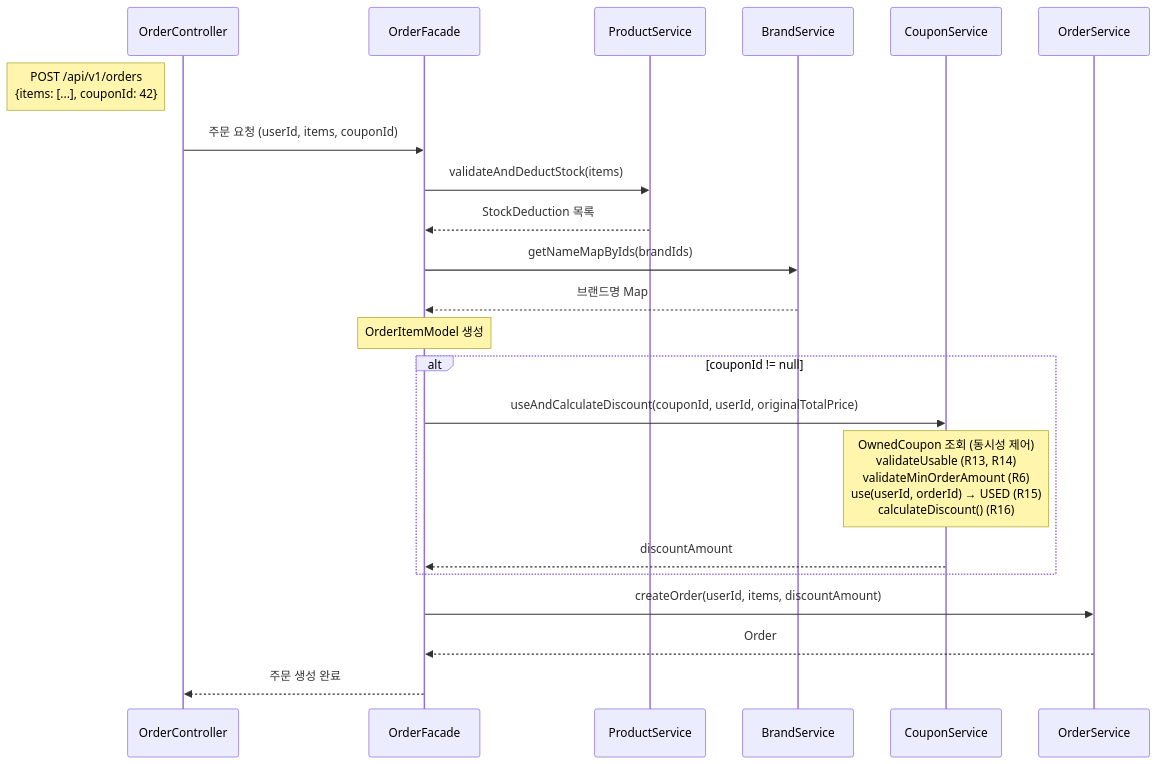
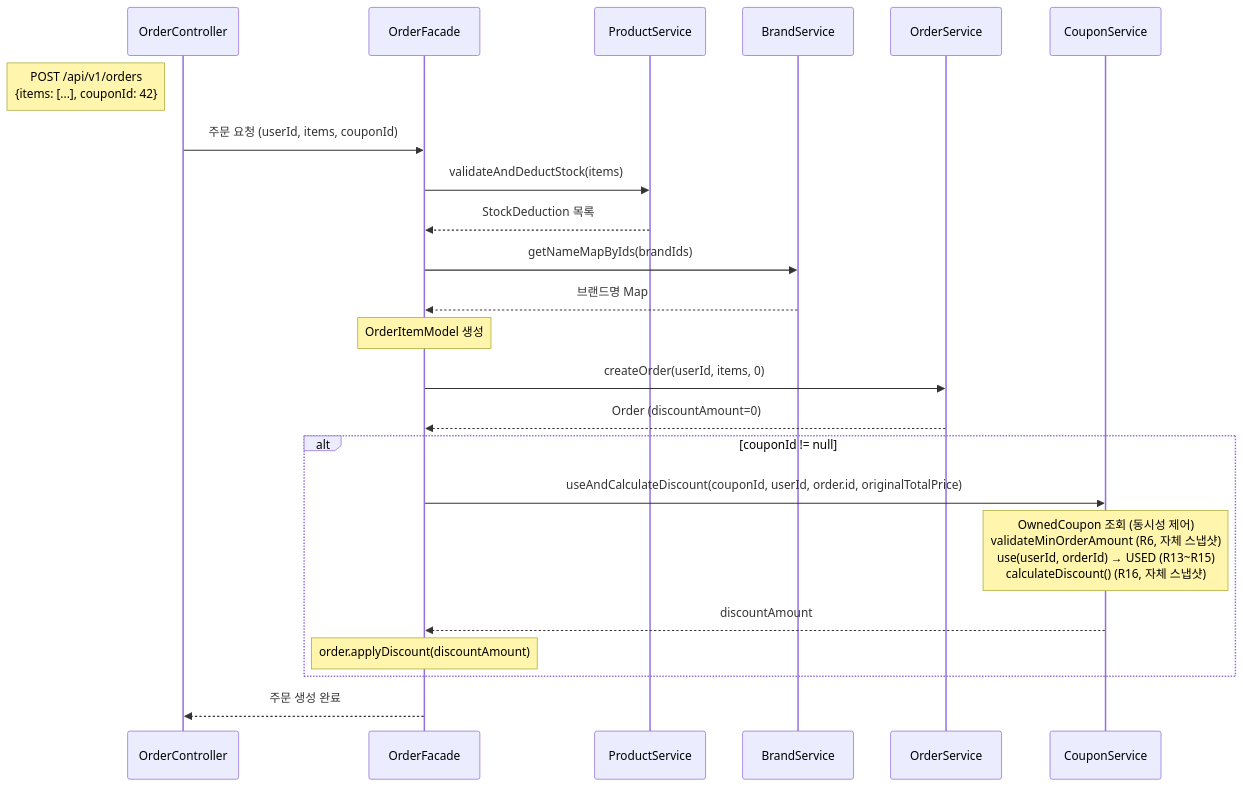
Before and after one commit to plan11plan/loop-pack-be-l2-vol3-java: the second of 5 diagrams in docs/design/coupon/DESIGN.md, drawn with Mermaid. The commit also changed other lines of this file and 1 other file, not shown here.

Commit message:
docs: OwnedCoupon 스냅샷 분리 설계 반영

````diff
--- a/docs/design/coupon/DESIGN.md
+++ b/docs/design/coupon/DESIGN.md
@@ -281,29 +286,31 @@
 ```mermaid
 sequenceDiagram
     participant OC as OrderController
     participant OF as OrderFacade
     participant PS as ProductService
     participant BS as BrandService
+    participant OS as OrderService
     participant CS as CouponService
-    participant OS as OrderService
 
     Note left of OC: POST /api/v1/orders<br/>{items: [...], couponId: 42}
     OC->>OF: 주문 요청 (userId, items, couponId)
     OF->>PS: validateAndDeductStock(items)
     PS-->>OF: StockDeduction 목록
 
     OF->>BS: getNameMapByIds(brandIds)
     BS-->>OF: 브랜드명 Map
 
     Note over OF: OrderItemModel 생성
 
+    OF->>OS: createOrder(userId, items, 0)
+    OS-->>OF: Order (discountAmount=0)
+
     alt couponId != null
-        OF->>CS: useAndCalculateDiscount(couponId, userId, originalTotalPrice)
-        Note over CS: OwnedCoupon 조회 (동시성 제어)<br/>validateUsable (R13, R14)<br/>validateMinOrderAmount (R6)<br/>use(userId, orderId) → USED (R15)<br/>calculateDiscount() (R16)
+        OF->>CS: useAndCalculateDiscount(couponId, userId, order.id, originalTotalPrice)
+        Note over CS: OwnedCoupon 조회 (동시성 제어)<br/>validateMinOrderAmount (R6, 자체 스냅샷)<br/>use(userId, orderId) → USED (R13~R15)<br/>calculateDiscount() (R16, 자체 스냅샷)
         CS-->>OF: discountAmount
+        Note over OF: order.applyDiscount(discountAmount)
     end
 
-    OF->>OS: createOrder(userId, items, discountAmount)
-    OS-->>OF: Order
     OF-->>OC: 주문 생성 완료
 ```
````
